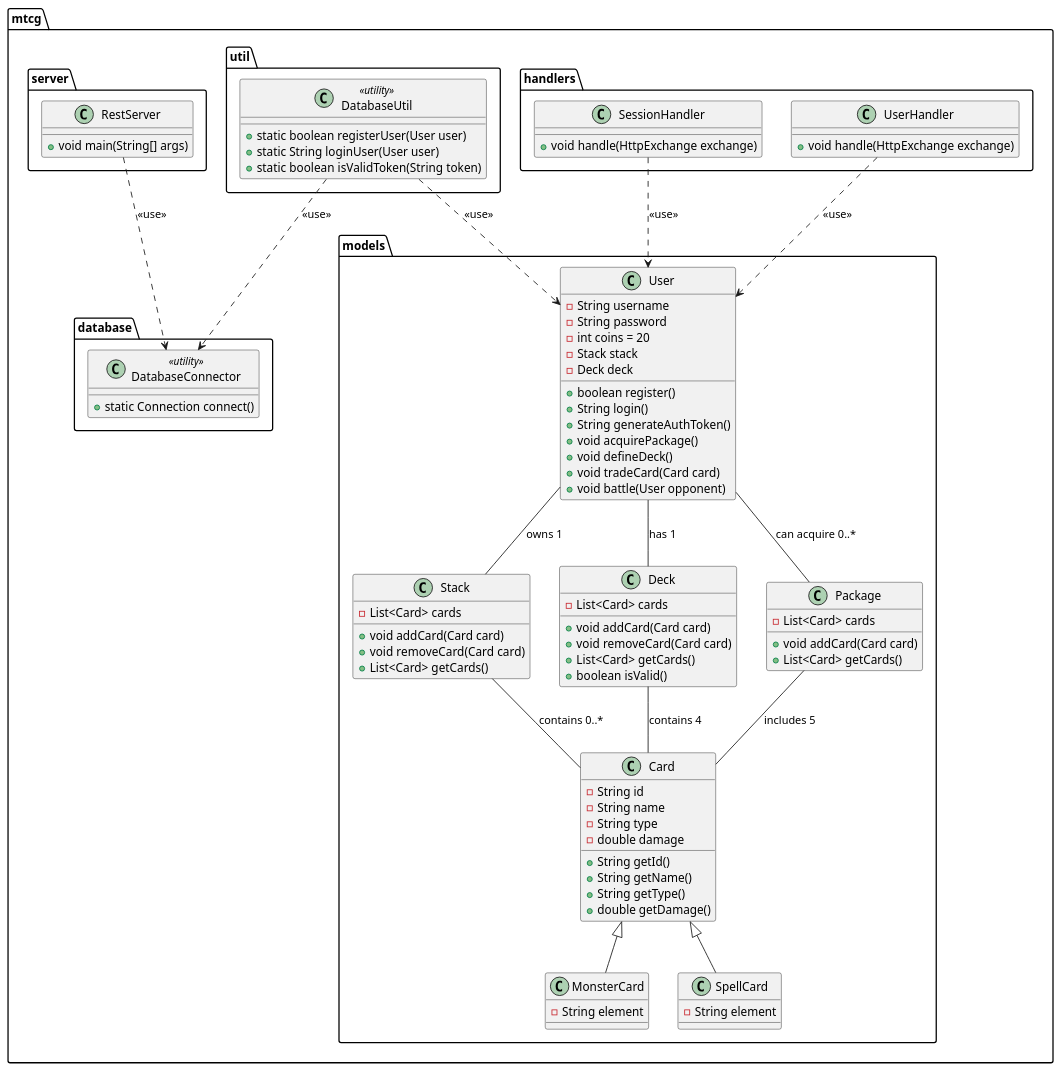
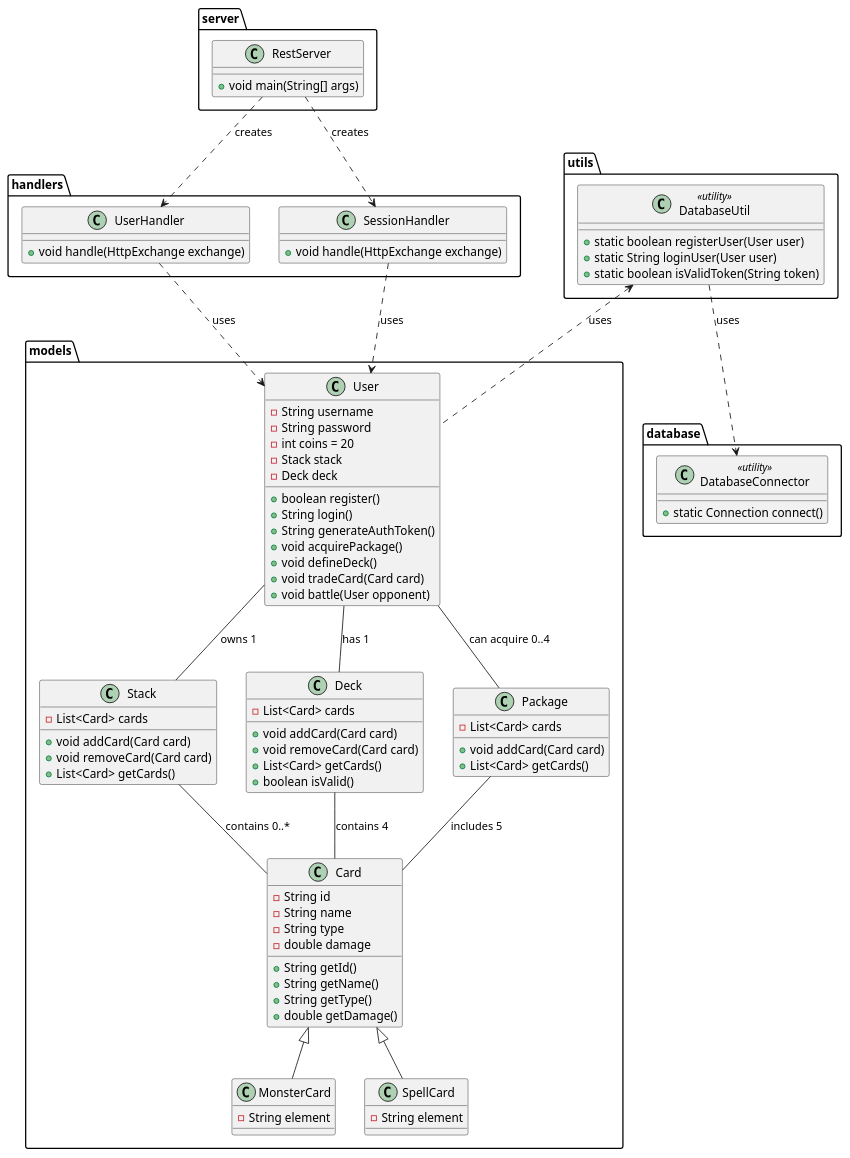
Before and after one commit to if23b011/mtcg-server: the diagram in docs/mtcg_classes.puml, drawn with PlantUML. The commit also changed 1 other file, not shown here.

```diff
--- a/docs/mtcg_classes.puml
+++ b/docs/mtcg_classes.puml
@@ -1,103 +1,104 @@
 @startuml
 
-package mtcg.models {
+package models {
     class User {
         - String username
         - String password
         - int coins = 20
         - Stack stack
         - Deck deck
         + boolean register()
         + String login()
         + String generateAuthToken()
         + void acquirePackage()
         + void defineDeck()
         + void tradeCard(Card card)
         + void battle(User opponent)
     }
 
     class Card {
         - String id
         - String name
         - String type
         - double damage
         + String getId()
         + String getName()
         + String getType()
         + double getDamage()
     }
 
     class MonsterCard extends Card {
         - String element
     }
 
     class SpellCard extends Card {
         - String element
     }
 
     class Stack {
         - List<Card> cards
         + void addCard(Card card)
         + void removeCard(Card card)
         + List<Card> getCards()
     }
 
     class Deck {
         - List<Card> cards
         + void addCard(Card card)
         + void removeCard(Card card)
         + List<Card> getCards()
         + boolean isValid()
     }
 
     class Package {
         - List<Card> cards
         + void addCard(Card card)
         + List<Card> getCards()
     }
 }
 
-
-package mtcg.handlers {
+package handlers {
     class UserHandler {
         + void handle(HttpExchange exchange)
     }
 
     class SessionHandler {
         + void handle(HttpExchange exchange)
     }
 }
 
-package mtcg.database {
+package database {
     class DatabaseConnector <<utility>> {
         + static Connection connect()
     }
 }
 
-package mtcg.util {
+package utils {
     class DatabaseUtil <<utility>> {
         + static boolean registerUser(User user)
         + static String loginUser(User user)
         + static boolean isValidToken(String token)
     }
 }
 
-package mtcg.server {
+package server {
     class RestServer {
         + void main(String[] args)
     }
 }
 
 User -- Stack : "owns 1"
 User -- Deck : "has 1"
-User -- Package : "can acquire 0..*"
+User -- Package : "can acquire 0..4"
 Stack -- Card : "contains 0..*"
 Deck -- Card : "contains 4"
 Package -- Card : "includes 5"
-UserHandler ..> User : "<<use>>"
-SessionHandler ..> User : "<<use>>"
-RestServer ..> DatabaseConnector : "<<use>>"
-DatabaseUtil ..> DatabaseConnector : "<<use>>"
-DatabaseUtil ..> User : "<<use>>"
+UserHandler ..> User : "uses"
+SessionHandler ..> User : "uses"
+
+RestServer ..> UserHandler : "creates"
+RestServer ..> SessionHandler : "creates"
+DatabaseUtil ..> DatabaseConnector : "uses"
+DatabaseUtil <.. User : "uses"
 
 @enduml
```
